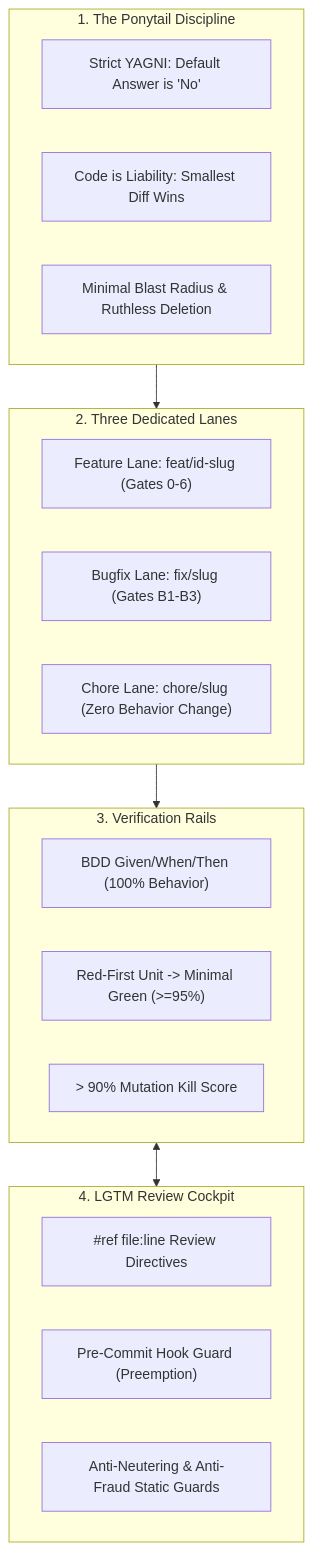
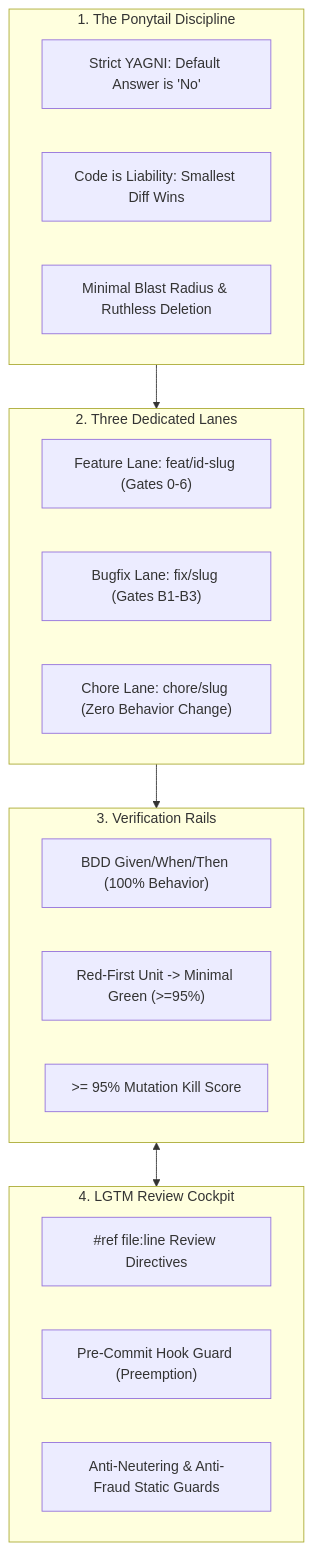
Before and after one commit to mgabs/spec-rails: the first of 4 diagrams in docs/WAY_OF_WORKING.md, drawn with Mermaid. The commit also changed other lines of this file and 37 other files, not shown here.

````diff
--- a/docs/WAY_OF_WORKING.md
+++ b/docs/WAY_OF_WORKING.md
@@ -18,30 +18,30 @@
 ```mermaid
 flowchart TD
     subgraph Mindset [1. The Ponytail Discipline]
         YAGNI["Strict YAGNI: Default Answer is 'No'"]
         Liability["Code is Liability: Smallest Diff Wins"]
         Blast["Minimal Blast Radius & Ruthless Deletion"]
     end
 
     subgraph Lanes [2. Three Dedicated Lanes]
         Feat["Feature Lane: feat/id-slug (Gates 0-6)"]
         Fix["Bugfix Lane: fix/slug (Gates B1-B3)"]
         Chore["Chore Lane: chore/slug (Zero Behavior Change)"]
     end
 
     subgraph Rails [3. Verification Rails]
         BDD["BDD Given/When/Then (100% Behavior)"]
         RedGreen["Red-First Unit -> Minimal Green (>=95%)"]
-        Mutation["> 90% Mutation Kill Score"]
+        Mutation[">= 95% Mutation Kill Score"]
     end
 
     subgraph Cockpit [4. LGTM Review Cockpit]
         Directives["#ref file:line Review Directives"]
         Preempt["Pre-Commit Hook Guard (Preemption)"]
         AntiFraud["Anti-Neutering & Anti-Fraud Static Guards"]
     end
 
     Mindset --> Lanes
     Lanes --> Rails
     Rails <--> Cockpit
 ```
````
